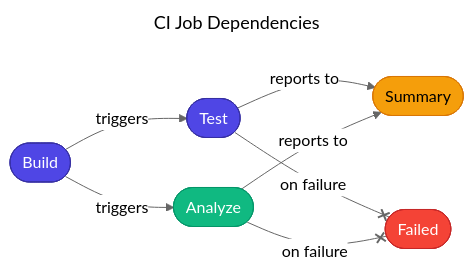
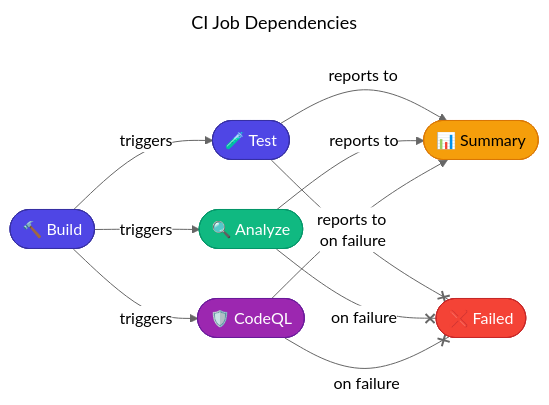
Before and after one commit to Evilazaro/Azure-LogicApps-Monitoring: the second of 2 diagrams in docs/devops/ci-dotnet-reusable.md, drawn with Mermaid (neutral theme). The commit also changed other lines of this file and 3 other files, not shown here.

Commit message:
feat: Integrate CodeQL security scanning into CI/CD workflows and documentation

````diff
--- a/docs/devops/ci-dotnet-reusable.md
+++ b/docs/devops/ci-dotnet-reusable.md
@@ -554,29 +610,35 @@
 ```mermaid
 ---
 title: CI Job Dependencies
 ---
 flowchart LR
     %% ===== JOB DEPENDENCY GRAPH =====
-    build(["Build"]) -->|triggers| test(["Test"])
-    build -->|triggers| analyze(["Analyze"])
-    test -->|reports to| summary(["Summary"])
+    build(["🔨 Build"]) -->|triggers| test(["🧪 Test"])
+    build -->|triggers| analyze(["🔍 Analyze"])
+    build -->|triggers| codeql(["🛡️ CodeQL"])
+    test -->|reports to| summary(["📊 Summary"])
     analyze -->|reports to| summary
-    test --x|on failure| failure(["Failed"])
+    codeql -->|reports to| summary
+    test --x|on failure| failure(["❌ Failed"])
     analyze --x|on failure| failure
+    codeql --x|on failure| failure
 
     %% ===== STYLING DEFINITIONS =====
     %% Primary components: Indigo - main processes
     classDef primary fill:#4F46E5,stroke:#3730A3,color:#FFFFFF
     %% Secondary components: Emerald - secondary elements
     classDef secondary fill:#10B981,stroke:#059669,color:#FFFFFF
+    %% Security: Purple - security scanning
+    classDef security fill:#9C27B0,stroke:#6A1B9A,color:#FFFFFF
     %% Error/failure states: Red - error handling
     classDef failed fill:#F44336,stroke:#C62828,color:#FFFFFF
     %% Data stores: Amber - reporting
     classDef datastore fill:#F59E0B,stroke:#D97706,color:#000000
 
     %% Apply styles to nodes
     class build,test primary
     class analyze secondary
+    class codeql security
     class summary datastore
     class failure failed
 ```
````
